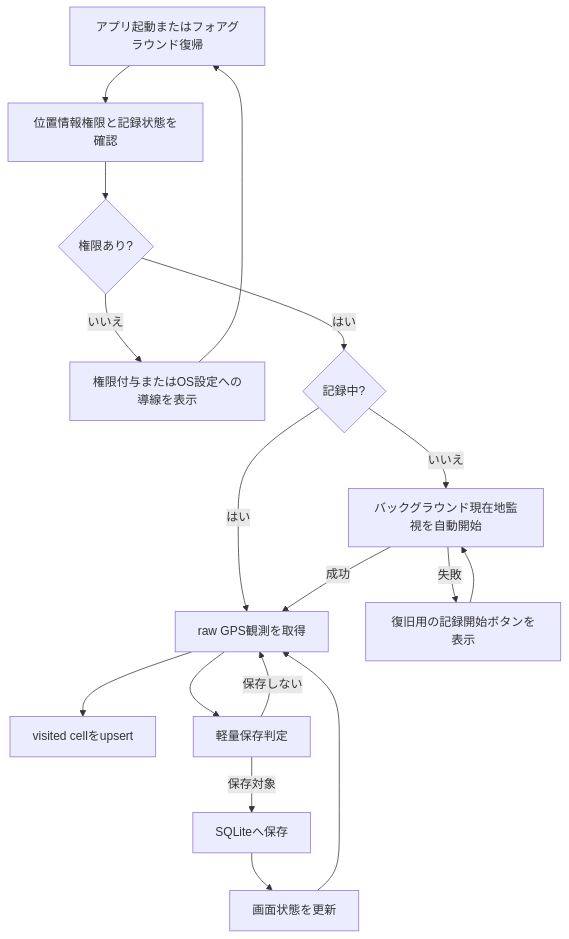
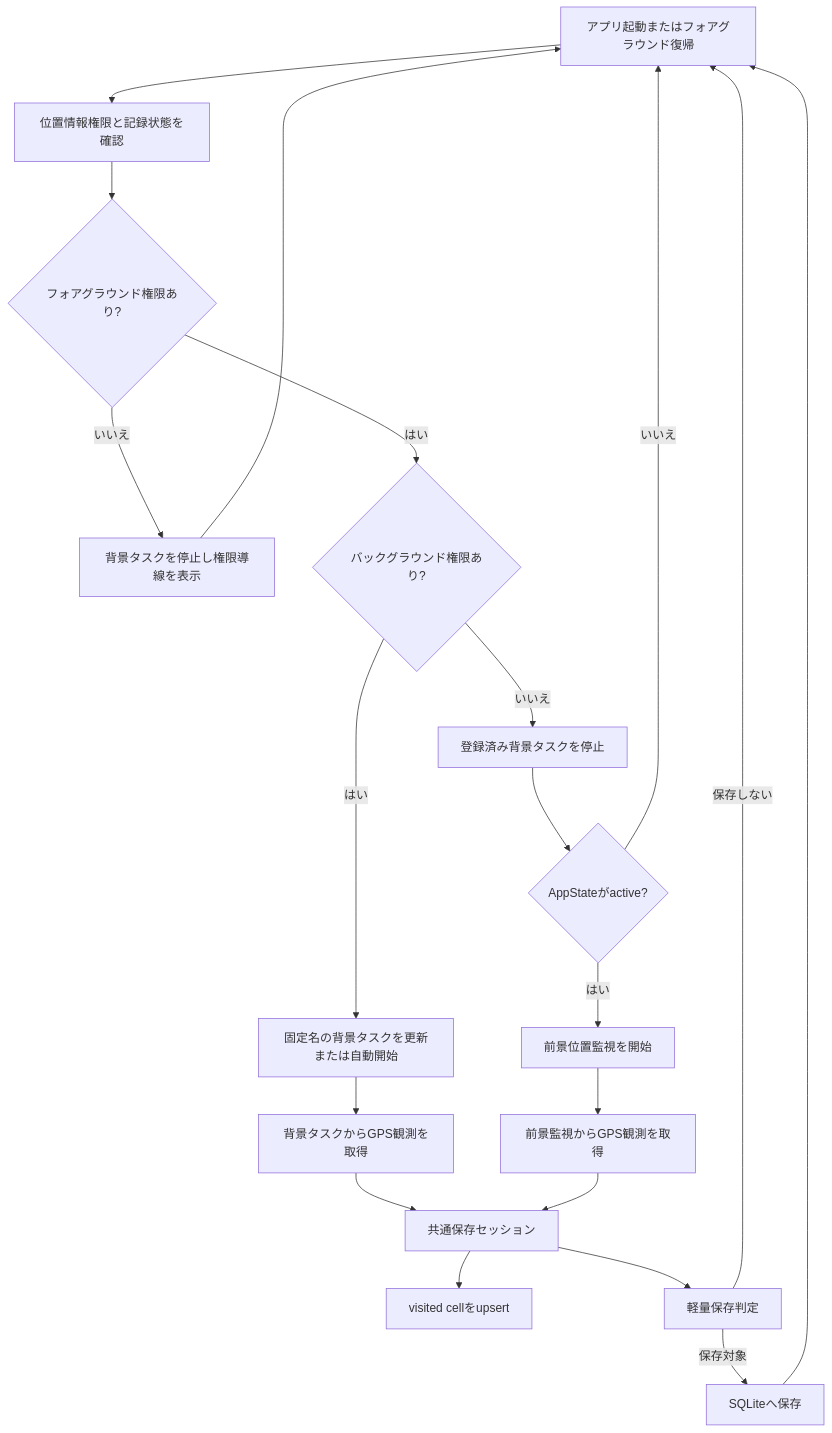
The first of 3 diagrams in docs/architecture.md (kazuki19992/strollia), drawn with Mermaid before and after one commit. The commit also changed other lines of this file and 2 other files, not shown here.

Commit message:
docs(location): 前景限定記録の動作を明記

````diff
--- a/docs/architecture.md
+++ b/docs/architecture.md
@@ -94,19 +94,22 @@
 ```mermaid
 flowchart TD
-  A[アプリ起動またはフォアグラウンド復帰] --> B[位置情報権限と記録状態を確認]
-  B --> C{権限あり?}
-  C -->|いいえ| D[権限付与またはOS設定への導線を表示]
+  A["アプリ起動またはフォアグラウンド復帰"] --> B["位置情報権限と記録状態を確認"]
+  B --> C{"フォアグラウンド権限あり?"}
+  C -->|いいえ| D["背景タスクを停止し権限導線を表示"]
   D --> A
-  C -->|はい| E{記録中?}
-  E -->|はい| H[raw GPS観測を取得]
-  E -->|いいえ| G[バックグラウンド現在地監視を自動開始]
-  G -->|失敗| F[復旧用の記録開始ボタンを表示]
-  F --> G
-  G -->|成功| H
-  H --> N[visited cellをupsert]
-  H --> I[軽量保存判定]
-  I -->|保存対象| J[SQLiteへ保存]
-  I -->|保存しない| H
-  J --> K[画面状態を更新]
-  K --> H
+  C -->|はい| E{"バックグラウンド権限あり?"}
+  E -->|はい| F["固定名の背景タスクを更新または自動開始"]
+  E -->|いいえ| G["登録済み背景タスクを停止"]
+  G --> H{"AppStateがactive?"}
+  H -->|はい| I["前景位置監視を開始"]
+  H -->|いいえ| A
+  F --> J["背景タスクからGPS観測を取得"]
+  I --> K["前景監視からGPS観測を取得"]
+  J --> L["共通保存セッション"]
+  K --> L
+  L --> M["visited cellをupsert"]
+  L --> N["軽量保存判定"]
+  N -->|保存対象| O["SQLiteへ保存"]
+  N -->|保存しない| A
+  O --> A
 ```
````
